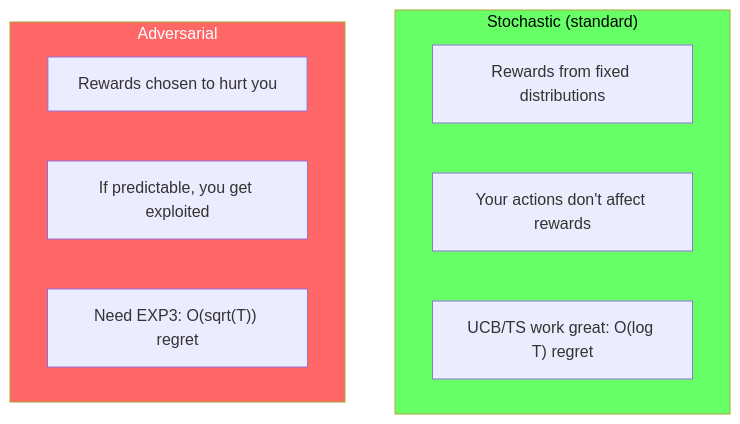
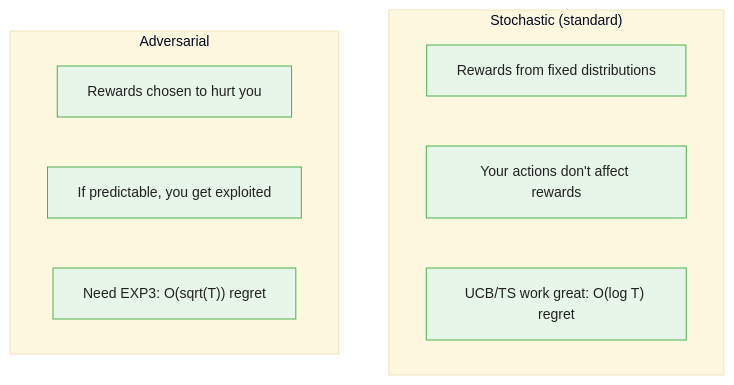
The first of 4 diagrams in courses/multi-armed-bandits-ab-testing/modules/module_06_advanced_topics/guides/03_adversarial_bandits_slides.md (m-deane/course-creator), drawn with Mermaid before and after one commit. The commit also changed other lines of this file and 146 other files, not shown here.

````diff
--- a/courses/multi-armed-bandits-ab-testing/modules/module_06_advanced_topics/guides/03_adversarial_bandits_slides.md
+++ b/courses/multi-armed-bandits-ab-testing/modules/module_06_advanced_topics/guides/03_adversarial_bandits_slides.md
@@ -33,16 +40,14 @@
 ```mermaid
+%%{init: {"theme": "base", "themeVariables": {"primaryColor": "#e8f5e9", "primaryBorderColor": "#4caf50", "primaryTextColor": "#212121", "secondaryColor": "#e3f2fd", "tertiaryColor": "#fff8e1", "lineColor": "#757575", "fontFamily": "Inter, sans-serif", "fontSize": "14px"}}}%%
 flowchart TD
     subgraph Stochastic["Stochastic (standard)"]
         S1["Rewards from fixed distributions"]
         S2["Your actions don't affect rewards"]
         S3["UCB/TS work great: O(log T) regret"]
     end
     subgraph Adversarial["Adversarial"]
         A1["Rewards chosen to hurt you"]
         A2["If predictable, you get exploited"]
         A3["Need EXP3: O(sqrt(T)) regret"]
     end
-
-    style Stochastic fill:#6f6,color:#000
-    style Adversarial fill:#f66,color:#fff
 ```
````
